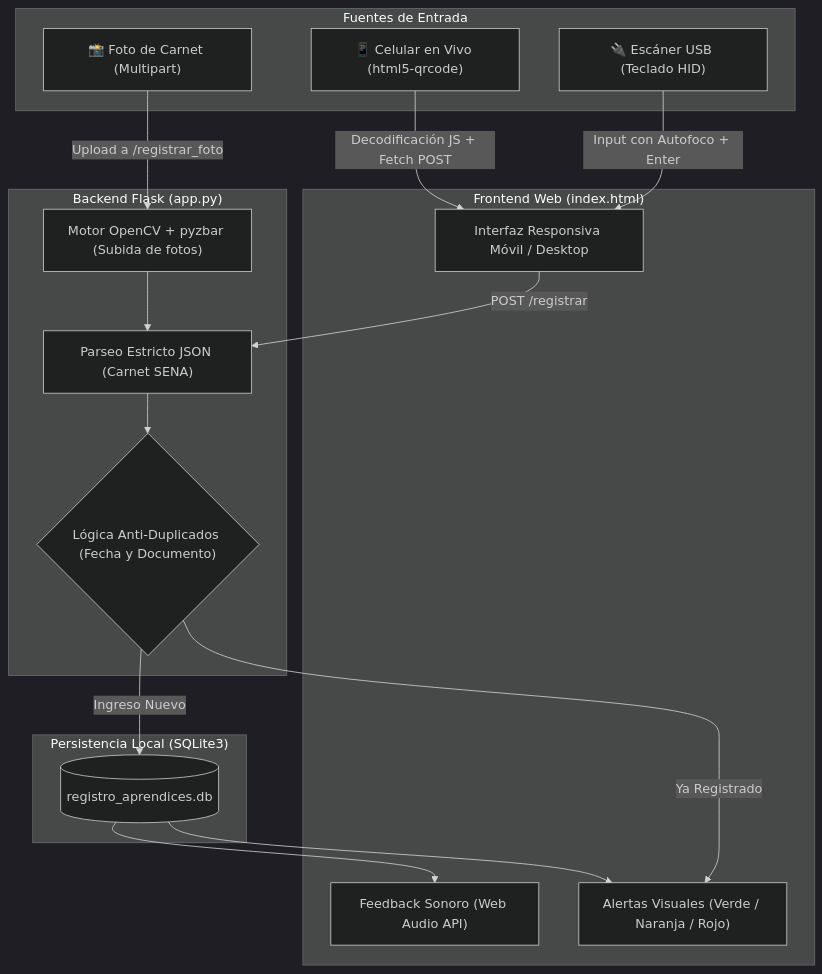
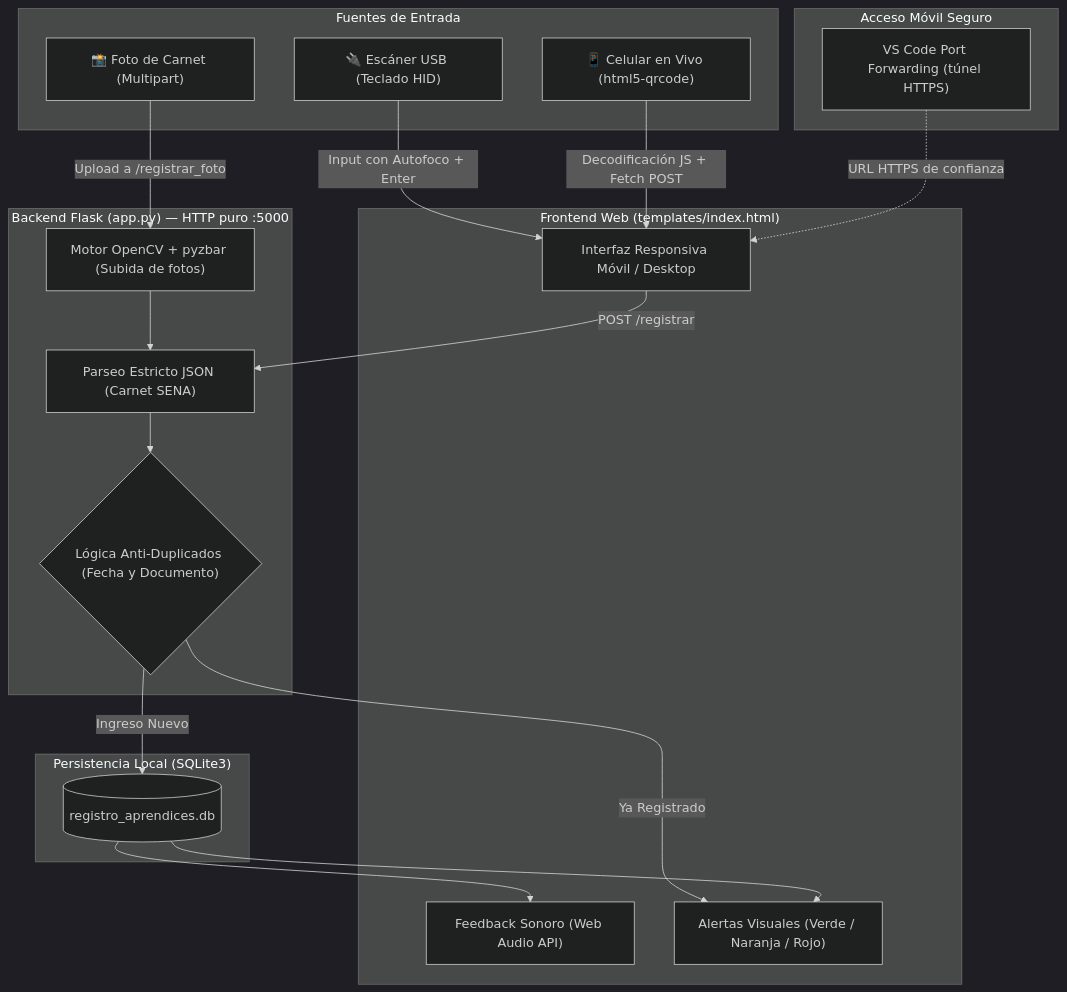
Before and after one commit to diarboledac/Asistencia_QR: the diagram in README.md, drawn with Mermaid (dark theme). The commit also changed other lines of this file and 9 other files, not shown here.

Commit message:
Migrar servidor a tunel HTTPS de VS Code y actualizar documentacion

````diff
--- a/README.md
+++ b/README.md
@@ -14,37 +25,42 @@
 ```mermaid
 flowchart TD
     subgraph ENTRADAS ["Fuentes de Entrada"]
         USB["🔌 Escáner USB (Teclado HID)"]
         CAM["📱 Celular en Vivo (html5-qrcode)"]
         FOTO["📸 Foto de Carnet (Multipart)"]
     end
 
-    subgraph FRONTEND ["Frontend Web (index.html)"]
+    subgraph FRONTEND ["Frontend Web (templates/index.html)"]
         UI["Interfaz Responsiva Móvil / Desktop"]
         AUDIO["Feedback Sonoro (Web Audio API)"]
         HUD["Alertas Visuales (Verde / Naranja / Rojo)"]
     end
 
-    subgraph BACKEND ["Backend Flask (app.py)"]
+    subgraph BACKEND ["Backend Flask (app.py) — HTTP puro :5000"]
         P_JSON["Parseo Estricto JSON (Carnet SENA)"]
         P_FOTO["Motor OpenCV + pyzbar (Subida de fotos)"]
         REBOTE{"Lógica Anti-Duplicados (Fecha y Documento)"}
     end
 
     subgraph PERSISTENCIA ["Persistencia Local (SQLite3)"]
         DB[("registro_aprendices.db")]
     end
 
+    subgraph TUNEL ["Acceso Móvil Seguro"]
+        VSC["VS Code Port Forwarding (túnel HTTPS)"]
+    end
+
     USB -->|Input con Autofoco + Enter| UI
     CAM -->|Decodificación JS + Fetch POST| UI
     FOTO -->|Upload a /registrar_foto| P_FOTO
+    VSC -.->|URL HTTPS de confianza| UI
 
     UI -->|POST /registrar| P_JSON
     P_FOTO --> P_JSON
     P_JSON --> REBOTE
 
     REBOTE -->|Ingreso Nuevo| DB
     REBOTE -->|Ya Registrado| HUD
     DB --> HUD
     DB --> AUDIO
 ```
````
